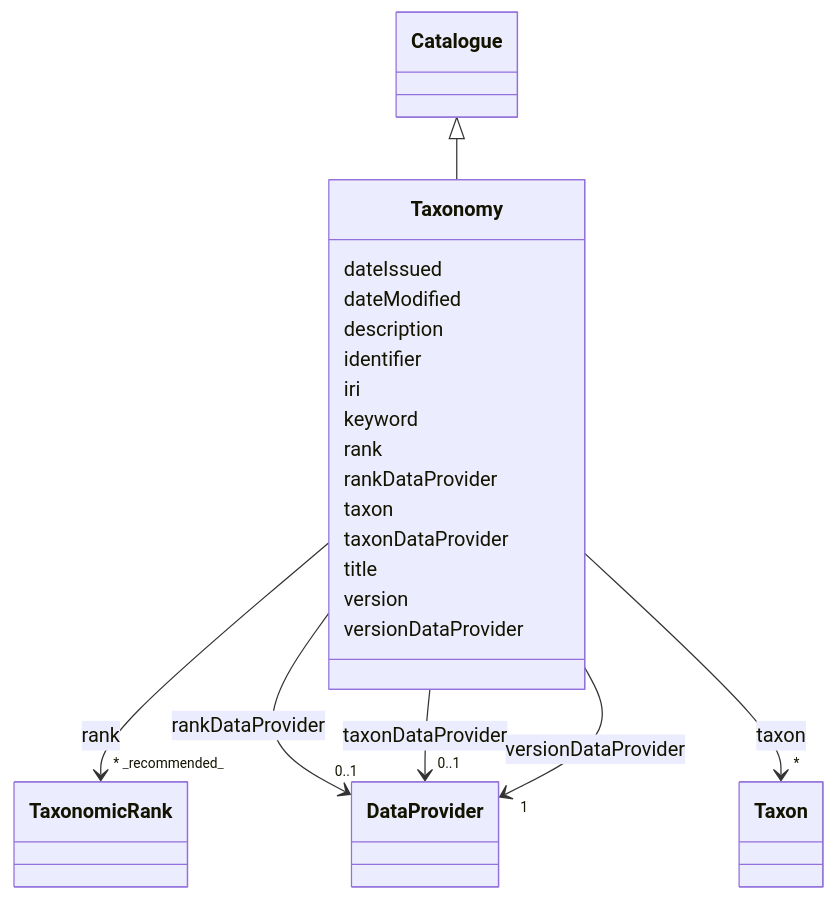
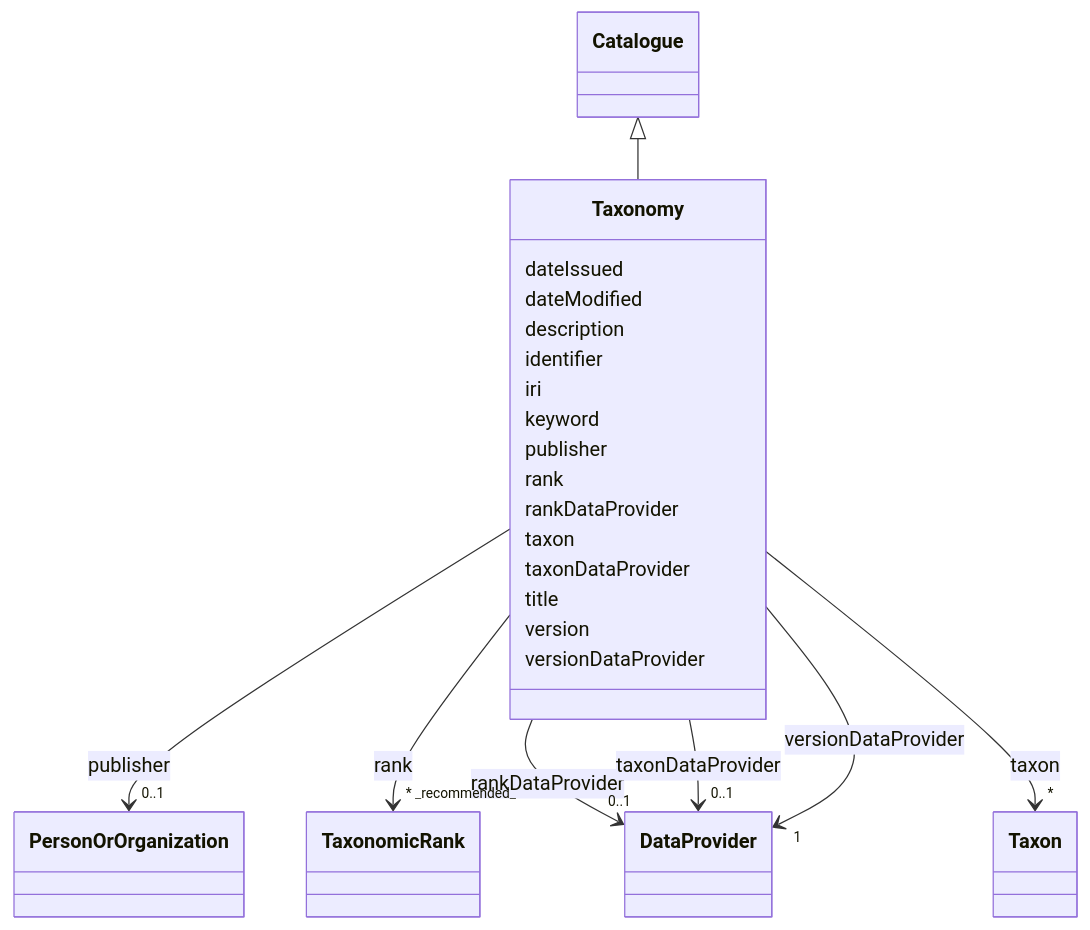
Before and after one commit to EVORA-project/evora-ontology: the diagram in models/docs/Taxonomy.md, drawn with Mermaid. The commit also changed other lines of this file and 468 other files, not shown here.

````diff
--- a/models/docs/Taxonomy.md
+++ b/models/docs/Taxonomy.md
@@ -19,70 +19,79 @@
 ```mermaid
  classDiagram
     class Taxonomy
     click Taxonomy href "../Taxonomy"
       Catalogue <|-- Taxonomy
         click Catalogue href "../Catalogue"
       
       Taxonomy : dateIssued
         
       Taxonomy : dateModified
         
       Taxonomy : description
         
       Taxonomy : identifier
         
       Taxonomy : iri
         
       Taxonomy : keyword
+        
+      Taxonomy : publisher
+        
+          
+    
+    
+    Taxonomy --> "0..1" PersonOrOrganization : publisher
+    click PersonOrOrganization href "../PersonOrOrganization"
+
         
       Taxonomy : rank
         
           
     
     
     Taxonomy --> "* _recommended_" TaxonomicRank : rank
     click TaxonomicRank href "../TaxonomicRank"
 
         
       Taxonomy : rankDataProvider
         
           
     
     
     Taxonomy --> "0..1" DataProvider : rankDataProvider
     click DataProvider href "../DataProvider"
 
         
       Taxonomy : taxon
         
           
     
     
     Taxonomy --> "*" Taxon : taxon
     click Taxon href "../Taxon"
 
         
       Taxonomy : taxonDataProvider
         
           
     
     
     Taxonomy --> "0..1" DataProvider : taxonDataProvider
     click DataProvider href "../DataProvider"
 
         
       Taxonomy : title
         
       Taxonomy : version
         
       Taxonomy : versionDataProvider
         
           
     
     
     Taxonomy --> "1" DataProvider : versionDataProvider
     click DataProvider href "../DataProvider"
 
         
       
 ```
````
